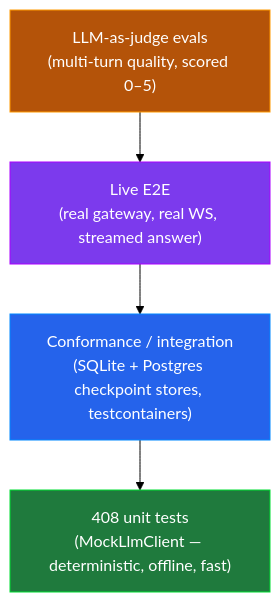
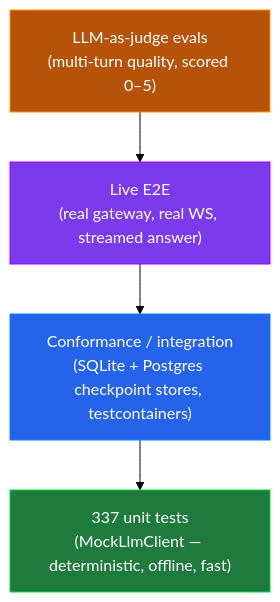
Before and after one commit to SmooAI/smooth-operator-core: the third of 3 diagrams in README.md, drawn with Mermaid (forest theme). The commit also changed other lines of this file and 17 other files, not shown here.

````diff
--- a/README.md
+++ b/README.md
@@ -259,14 +259,14 @@
 ```mermaid
 flowchart TD
     J["LLM-as-judge evals<br/>(multi-turn quality, scored 0–5)"]
     E["Live E2E<br/>(real gateway, real WS, streamed answer)"]
     C["Conformance / integration<br/>(SQLite + Postgres checkpoint stores, testcontainers)"]
-    U["408 unit tests<br/>(MockLlmClient — deterministic, offline, fast)"]
+    U["337 unit tests<br/>(MockLlmClient — deterministic, offline, fast)"]
 
     J --> E --> C --> U
 
     style U fill:#1f7a3d,stroke:#0d3,color:#fff
     style C fill:#2563eb,stroke:#08f,color:#fff
     style E fill:#7c3aed,stroke:#a0f,color:#fff
     style J fill:#b45309,stroke:#f90,color:#fff
 ```
````
